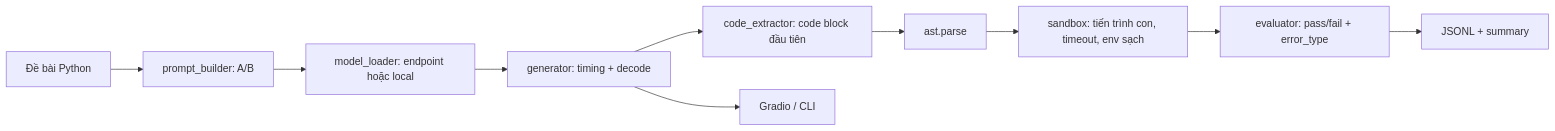
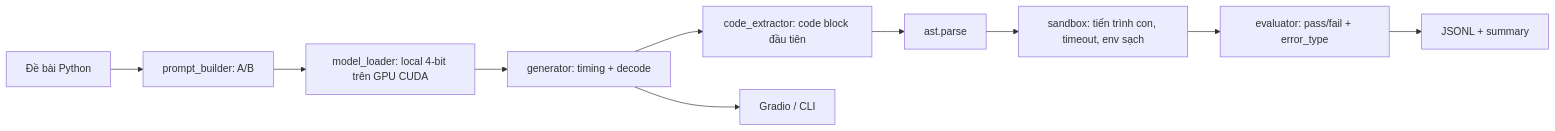
Before and after one commit to datkony/llama-code-generation: the diagram in docs/architecture.md, drawn with Mermaid. The commit also changed other lines of this file and 14 other files, not shown here.

````diff
--- a/docs/architecture.md
+++ b/docs/architecture.md
@@ -5,12 +5,12 @@
 ```mermaid
 flowchart LR
     U[Đề bài Python] --> PB[prompt_builder: A/B]
-    PB --> ML[model_loader: endpoint hoặc local]
+    PB --> ML[model_loader: local 4-bit trên GPU CUDA]
     ML --> G[generator: timing + decode]
     G --> CE[code_extractor: code block đầu tiên]
     CE --> SY[ast.parse]
     SY --> SB[sandbox: tiến trình con, timeout, env sạch]
     SB --> EV[evaluator: pass/fail + error_type]
     EV --> LOG[JSONL + summary]
     G --> UI[Gradio / CLI]
 ```
````
